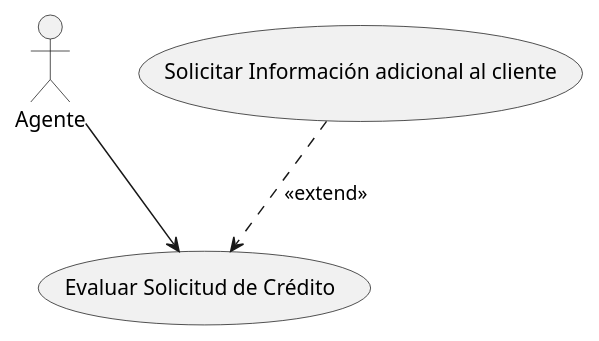
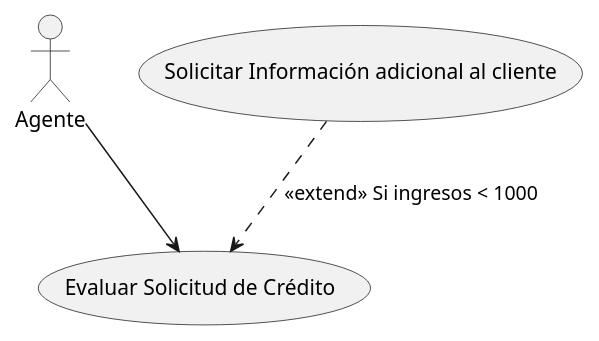
One commit to JaimeSoftDev/Practica2UD12UML-Jaime-Macia-Mora changed the diagram in Practica2UD12UML/src/Practica2.puml. Above: the diagram before and after it, drawn with PlantUML.

Commit message:
Corrección diagrama extensión

```diff
--- a/Practica2UD12UML/src/Practica2.puml
+++ b/Practica2UD12UML/src/Practica2.puml
@@ -1,8 +1,8 @@
 @startuml
 :Agente: as actor1
 (Evaluar Solicitud de Crédito) as UC1
 (Solicitar Información adicional al cliente) as UC2
 actor1 --> UC1
-UC2 ..> UC1 : <<extend>>
+UC2 ..> UC1 : <<extend>> Si ingresos < 1000
 
 @enduml
```
